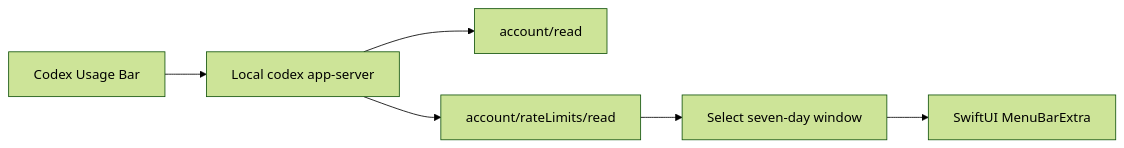
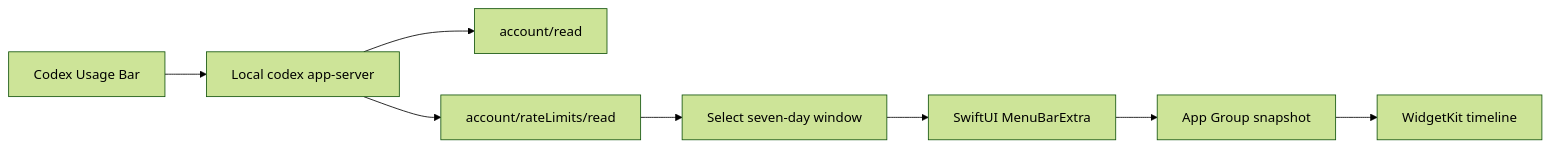
One commit to CMMUU/codex-usage-bar changed the diagram in README.md. Above: the diagram before and after it, drawn with Mermaid (forest theme). The commit also changed other lines of this file and 27 other files, not shown here.

````diff
--- a/README.md
+++ b/README.md
@@ -76,8 +94,10 @@
 ```mermaid
 flowchart LR
     A["Codex Usage Bar"] --> B["Local codex app-server"]
     B --> C["account/read"]
     B --> D["account/rateLimits/read"]
     D --> E["Select seven-day window"]
     E --> F["SwiftUI MenuBarExtra"]
+    F --> G["App Group snapshot"]
+    G --> H["WidgetKit timeline"]
 ```
````
